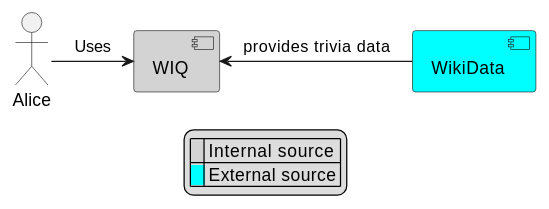
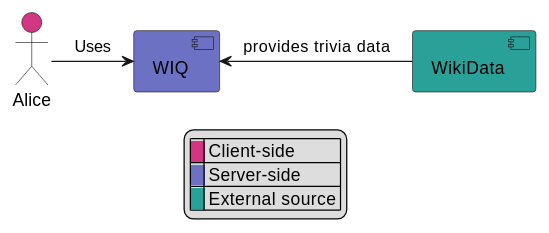
Before and after one commit to Arquisoft/wiq_es1c: the first of 2 diagrams in docs/src/03_system_scope_and_context.adoc, drawn with PlantUML. The commit also changed other lines of this file, not shown here.

```diff
--- a/docs/src/03_system_scope_and_context.adoc
+++ b/docs/src/03_system_scope_and_context.adoc
@@ -8,14 +8,15 @@
 [plantuml,"businesscontext",png]
 ----
-actor a as "Alice"
-Component w as "WIQ" #LightGray
-Component q as "WikiData" #Cyan
+actor a as "Alice" #d33682
+Component w as "WIQ" #6c71c4
+Component q as "WikiData" #2aa198
 
 a -> w: Uses
 q -left-> w: provides trivia data
 
 legend
- |<back:#LightGray>   </back>| Internal source |
- |<back:#Cyan>   </back>| External source |
+ |<back:#d33682>   </back>| Client-side |
+ |<back:#6c71c4>   </back>| Server-side |
+ |<back:#2aa198>   </back>| External source ||
 endlegend
 ----
```
